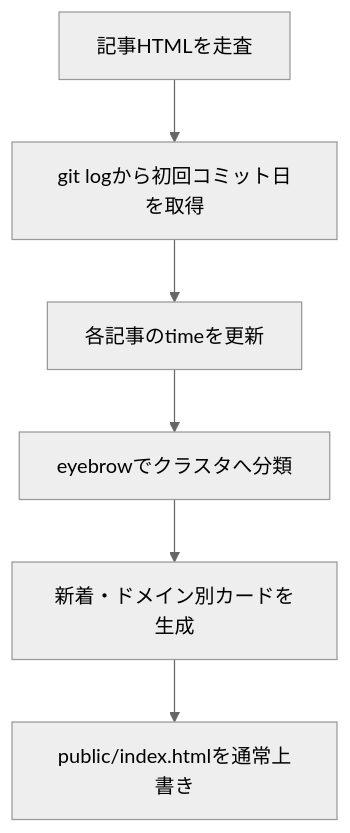
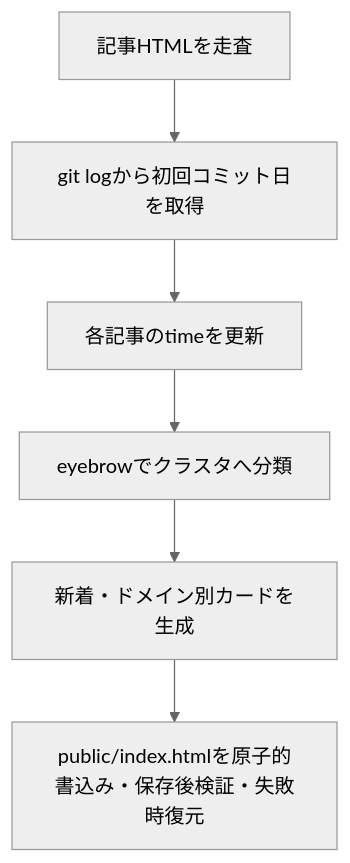
One commit to xzyozi/knowage-bank changed the diagram in docs/design/KNB-DD-003_詳細設計書_インデックス生成仕様.md. Above: the diagram before and after it, drawn with Mermaid (neutral theme). The commit also changed other lines of this file and 2 other files, not shown here.

````diff
--- a/docs/design/KNB-DD-003_詳細設計書_インデックス生成仕様.md
+++ b/docs/design/KNB-DD-003_詳細設計書_インデックス生成仕様.md
@@ -28,8 +28,8 @@
 ```mermaid
 flowchart TD
   A[記事HTMLを走査] --> B[git logから初回コミット日を取得]
   B --> C[各記事のtimeを更新]
   C --> D[eyebrowでクラスタへ分類]
   D --> E[新着・ドメイン別カードを生成]
-  E --> F[public/index.htmlを通常上書き]
+  E --> F[public/index.htmlを原子的書込み・保存後検証・失敗時復元]
 ```
````
